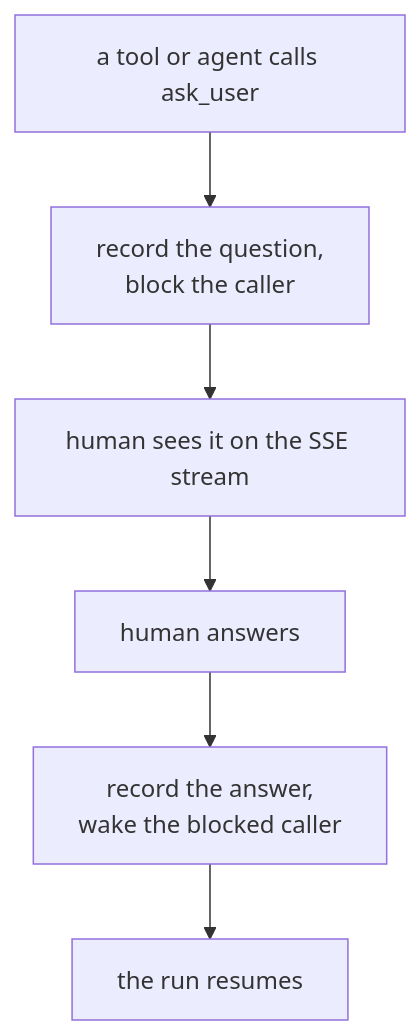
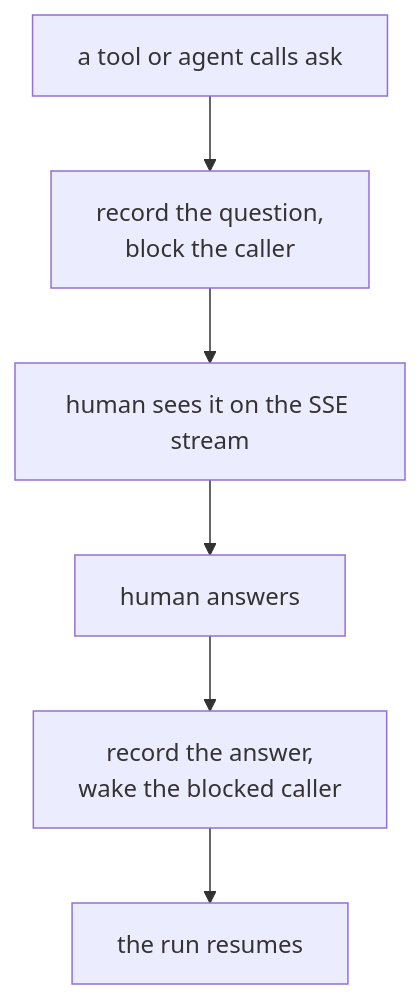
The diagram in concepts/interactions.mdx (tai42ai/tai-docs), drawn with Mermaid before and after one commit. The commit also changed other lines of this file and 50 other files, not shown here.

````diff
--- a/concepts/interactions.mdx
+++ b/concepts/interactions.mdx
@@ -17,8 +20,8 @@
 ```mermaid
 flowchart TD
-    A["a tool or agent calls ask_user"] --> B["record the question,<br/>block the caller"]
+    A["a tool or agent calls ask"] --> B["record the question,<br/>block the caller"]
     B --> C["human sees it on the SSE stream"]
     C --> D["human answers"]
     D --> E["record the answer,<br/>wake the blocked caller"]
     E --> F["the run resumes"]
 ```
````
